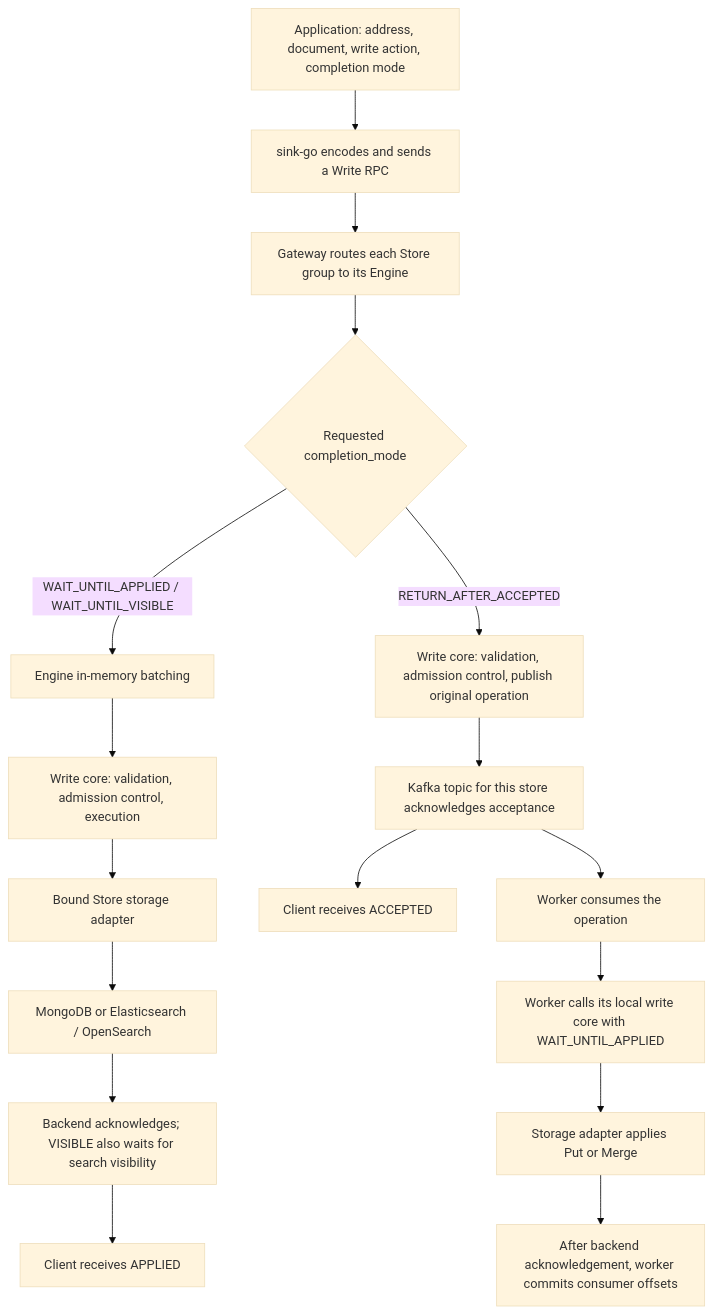
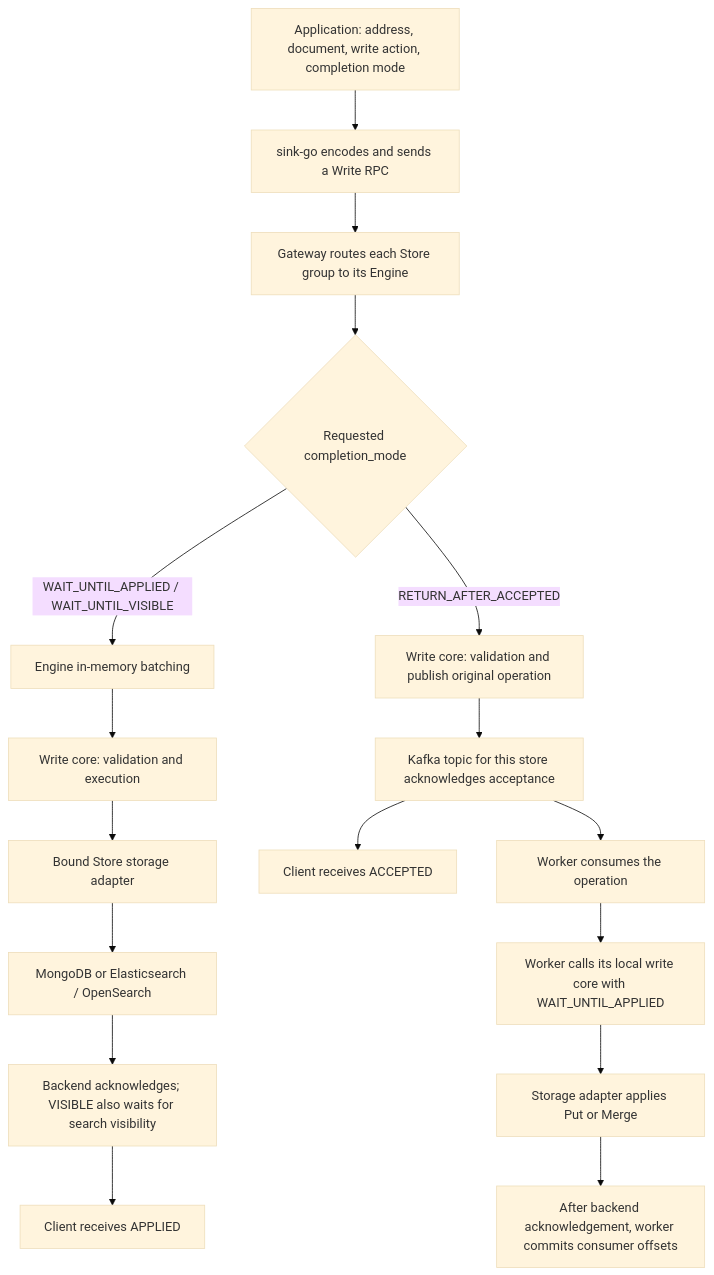
Before and after one commit to batchstream/sink: the diagram in docs/document-write-flow.md, drawn with Mermaid (base theme). The commit also changed other lines of this file and 1 other file, not shown here.

Commit message:
📝 docs: align write flow and qualification with memory watermarks

````diff
--- a/docs/document-write-flow.md
+++ b/docs/document-write-flow.md
@@ -14,19 +14,19 @@
 ```mermaid
 flowchart TD
     A[Application: address, document, write action, completion mode] --> B[sink-go encodes and sends a Write RPC]
     B --> Q[Gateway routes each Store group to its Engine]
     Q --> C{Requested completion_mode}
     C -->|WAIT_UNTIL_APPLIED / WAIT_UNTIL_VISIBLE| D[Engine in-memory batching]
-    D --> E[Write core: validation, admission control, execution]
+    D --> E[Write core: validation and execution]
     E --> F[Bound Store storage adapter]
     F --> G[MongoDB or Elasticsearch / OpenSearch]
     G --> H[Backend acknowledges; VISIBLE also waits for search visibility]
     H --> I[Client receives APPLIED]
-    C -->|RETURN_AFTER_ACCEPTED| J[Write core: validation, admission control, publish original operation]
+    C -->|RETURN_AFTER_ACCEPTED| J[Write core: validation and publish original operation]
     J --> K[Kafka topic for this store acknowledges acceptance]
     K --> L[Client receives ACCEPTED]
     K --> M[Worker consumes the operation]
     M --> N[Worker calls its local write core with WAIT_UNTIL_APPLIED]
     N --> O[Storage adapter applies Put or Merge]
     O --> P[After backend acknowledgement, worker commits consumer offsets]
 ```
````
